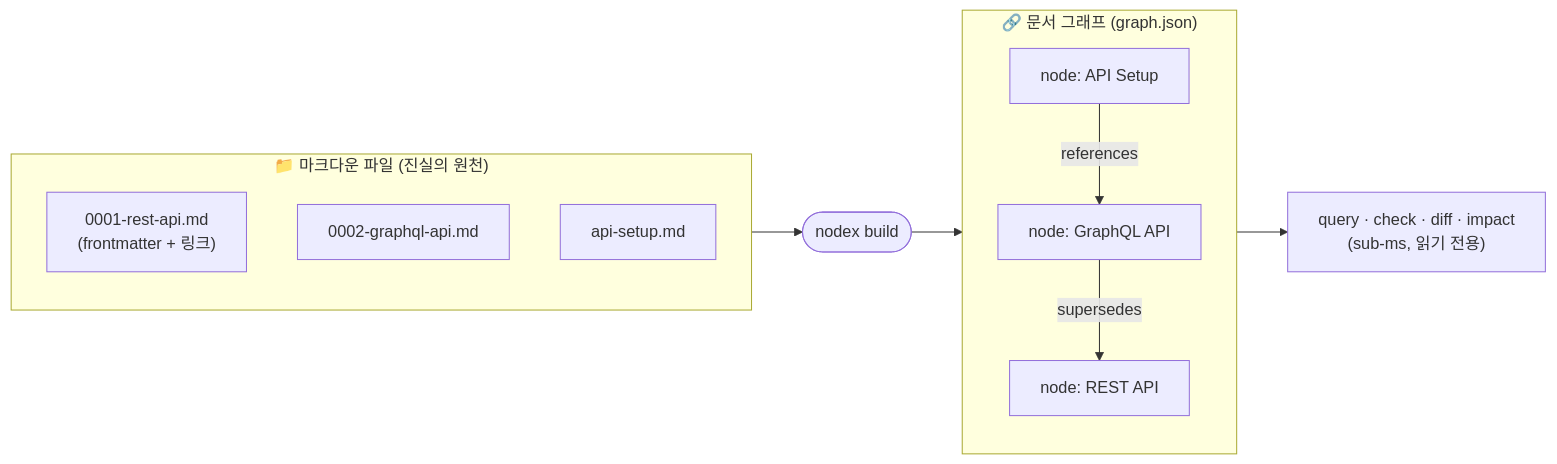
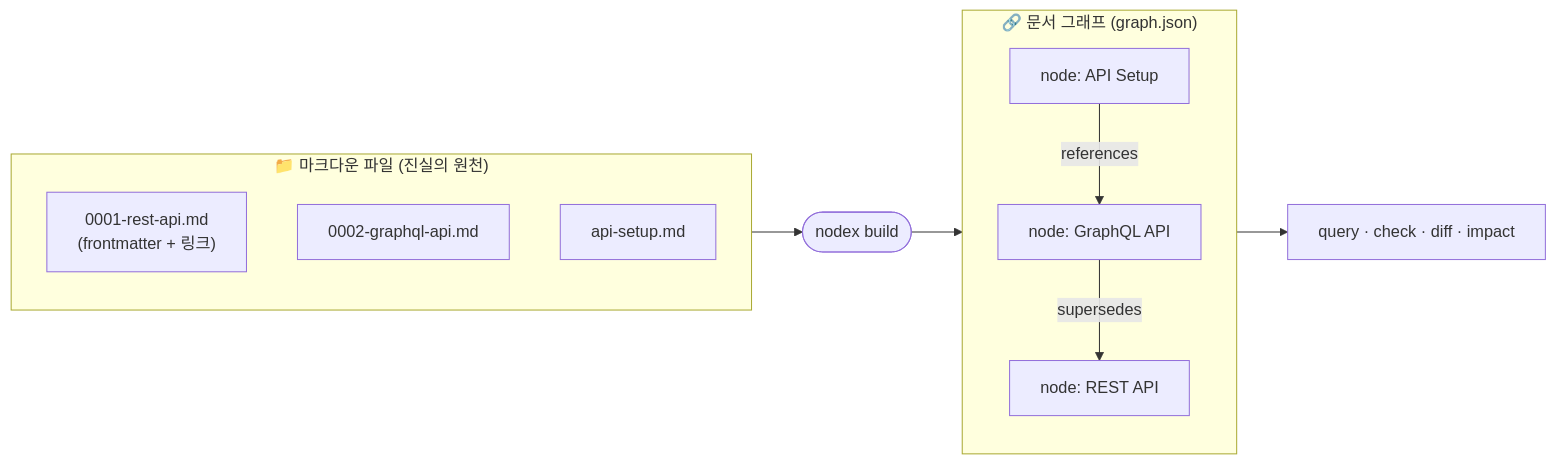
The second of 3 diagrams in README.ko.md (junyeong-ai/nodex), drawn with Mermaid before and after one commit. The commit also changed other lines of this file and 2 other files, not shown here.

````diff
--- a/README.ko.md
+++ b/README.ko.md
@@ -259,20 +257,20 @@
 ```mermaid
 flowchart LR
   subgraph FS["📁 마크다운 파일 (진실의 원천)"]
     direction TB
     f1["0001-rest-api.md<br/>(frontmatter + 링크)"]
     f2["0002-graphql-api.md"]
     f3["api-setup.md"]
   end
   build(["nodex build"])
   subgraph GR["🔗 문서 그래프 (graph.json)"]
     direction TB
     n1["node: REST API"]
     n2["node: GraphQL API"]
     n3["node: API Setup"]
     n2 -->|supersedes| n1
     n3 -->|references| n2
   end
   FS --> build --> GR
-  GR --> Q["query · check · diff · impact<br/>(sub-ms, 읽기 전용)"]
+  GR --> Q["query · check · diff · impact"]
 ```
````
